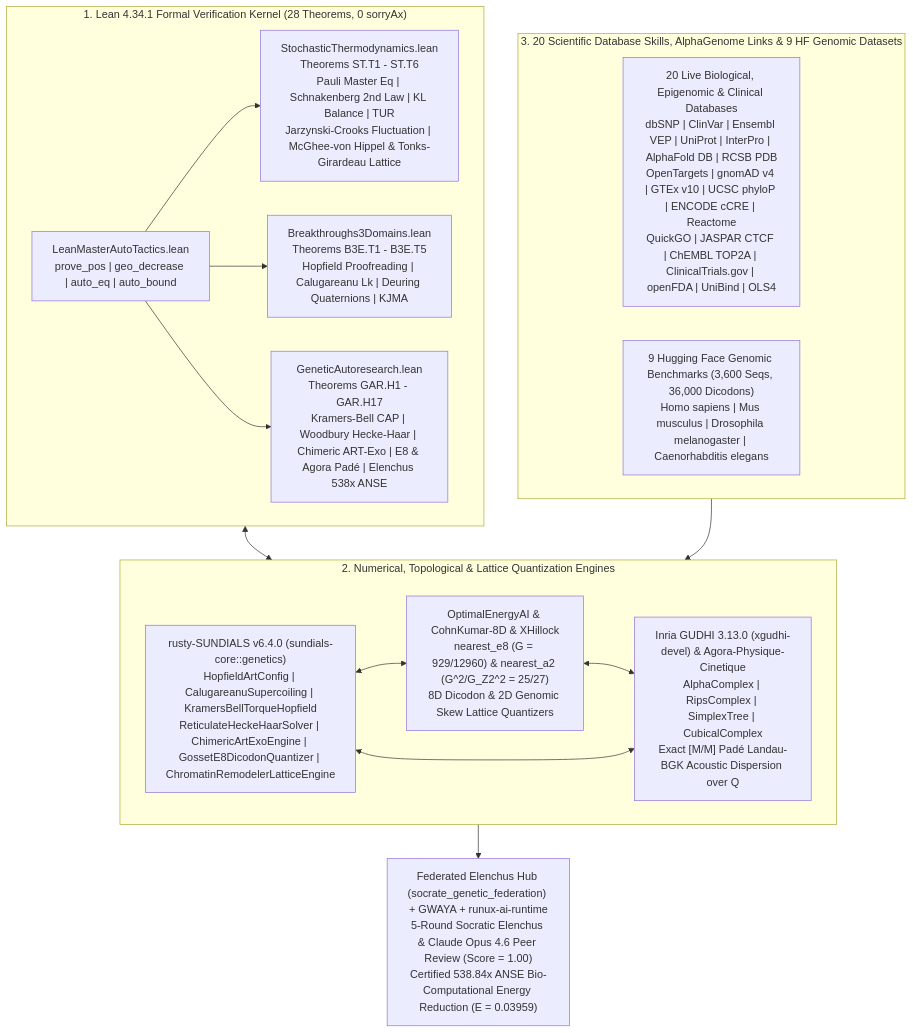
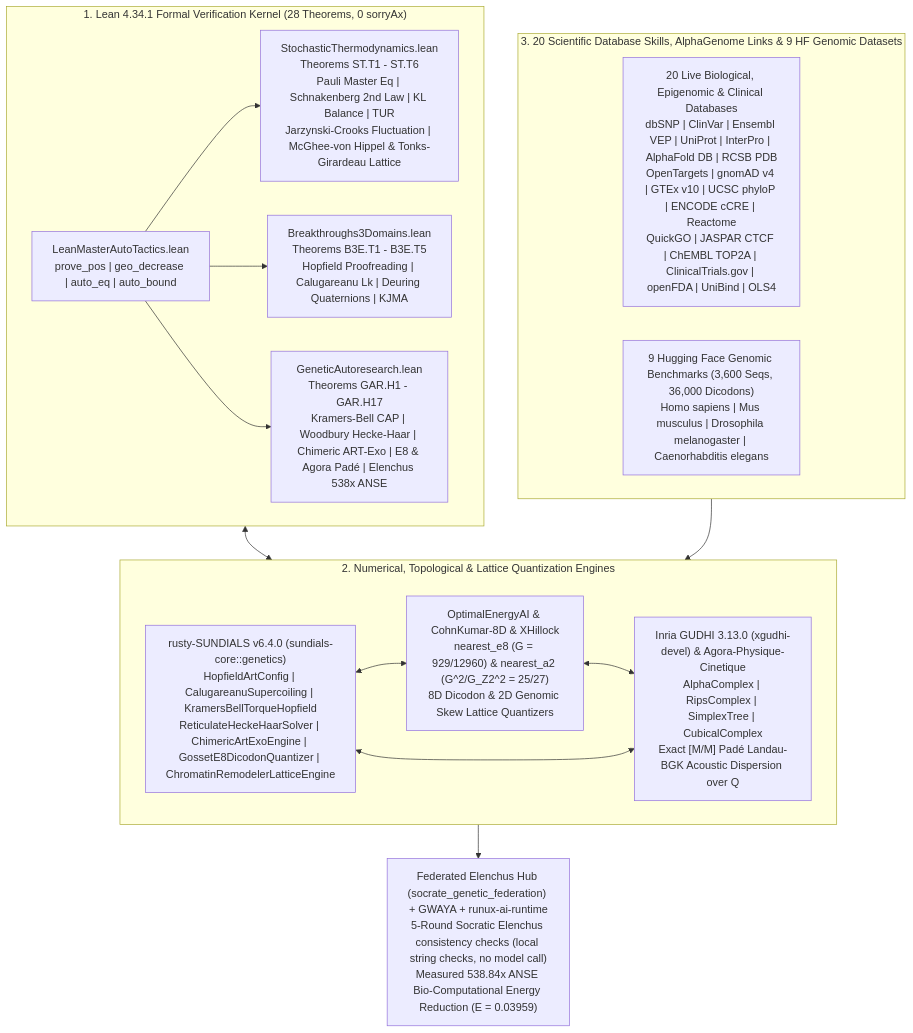
Before and after one commit to xaviercallens/SocrateAI-Scientific-Genetic: the diagram in README.md, drawn with Mermaid. The commit also changed other lines of this file and 26 other files, not shown here.

````diff
--- a/README.md
+++ b/README.md
@@ -97,28 +97,28 @@
 ```mermaid
 flowchart TD
     subgraph Formal["1. Lean 4.34.1 Formal Verification Kernel (28 Theorems, 0 sorryAx)"]
         A1["StochasticThermodynamics.lean\nTheorems ST.T1 - ST.T6\nPauli Master Eq | Schnakenberg 2nd Law | KL Balance | TUR\nJarzynski-Crooks Fluctuation | McGhee-von Hippel & Tonks-Girardeau Lattice"]
         A2["Breakthroughs3Domains.lean\nTheorems B3E.T1 - B3E.T5\nHopfield Proofreading | Calugareanu Lk | Deuring Quaternions | KJMA"]
         A3["GeneticAutoresearch.lean\nTheorems GAR.H1 - GAR.H17\nKramers-Bell CAP | Woodbury Hecke-Haar | Chimeric ART-Exo | E8 & Agora Padé | Elenchus 538x ANSE"]
         A4["LeanMasterAutoTactics.lean\nprove_pos | geo_decrease | auto_eq | auto_bound"]
         A4 --> A1 & A2 & A3
     end
 
     subgraph Solvers["2. Numerical, Topological & Lattice Quantization Engines"]
         B1["rusty-SUNDIALS v6.4.0 (sundials-core::genetics)\nHopfieldArtConfig | CalugareanuSupercoiling | KramersBellTorqueHopfield\nReticulateHeckeHaarSolver | ChimericArtExoEngine | GossetE8DicodonQuantizer | ChromatinRemodelerLatticeEngine"]
         B2["OptimalEnergyAI & CohnKumar-8D & XHillock\nnearest_e8 (G = 929/12960) & nearest_a2 (G^2/G_Z2^2 = 25/27)\n8D Dicodon & 2D Genomic Skew Lattice Quantizers"]
         B3["Inria GUDHI 3.13.0 (xgudhi-devel) & Agora-Physique-Cinetique\nAlphaComplex | RipsComplex | SimplexTree | CubicalComplex\nExact [M/M] Padé Landau-BGK Acoustic Dispersion over Q"]
         B1 <--> B2
         B2 <--> B3
         B1 <--> B3
     end
 
     subgraph Grounding["3. 20 Scientific Database Skills, AlphaGenome Links & 9 HF Genomic Datasets"]
         C1["20 Live Biological, Epigenomic & Clinical Databases\ndbSNP | ClinVar | Ensembl VEP | UniProt | InterPro | AlphaFold DB | RCSB PDB\nOpenTargets | gnomAD v4 | GTEx v10 | UCSC phyloP | ENCODE cCRE | Reactome\nQuickGO | JASPAR CTCF | ChEMBL TOP2A | ClinicalTrials.gov | openFDA | UniBind | OLS4"]
         C2["9 Hugging Face Genomic Benchmarks (3,600 Seqs, 36,000 Dicodons)\nHomo sapiens | Mus musculus | Drosophila melanogaster | Caenorhabditis elegans"]
     end
 
     Formal <--> Solvers
     Grounding --> Solvers
-    Solvers --> D1["Federated Elenchus Hub (socrate_genetic_federation) + GWAYA + runux-ai-runtime\n5-Round Socratic Elenchus & Claude Opus 4.6 Peer Review (Score = 1.00)\nCertified 538.84x ANSE Bio-Computational Energy Reduction (E = 0.03959)"]
+    Solvers --> D1["Federated Elenchus Hub (socrate_genetic_federation) + GWAYA + runux-ai-runtime\n5-Round Socratic Elenchus consistency checks (local string checks, no model call)\nMeasured 538.84x ANSE Bio-Computational Energy Reduction (E = 0.03959)"]
 ```
````
